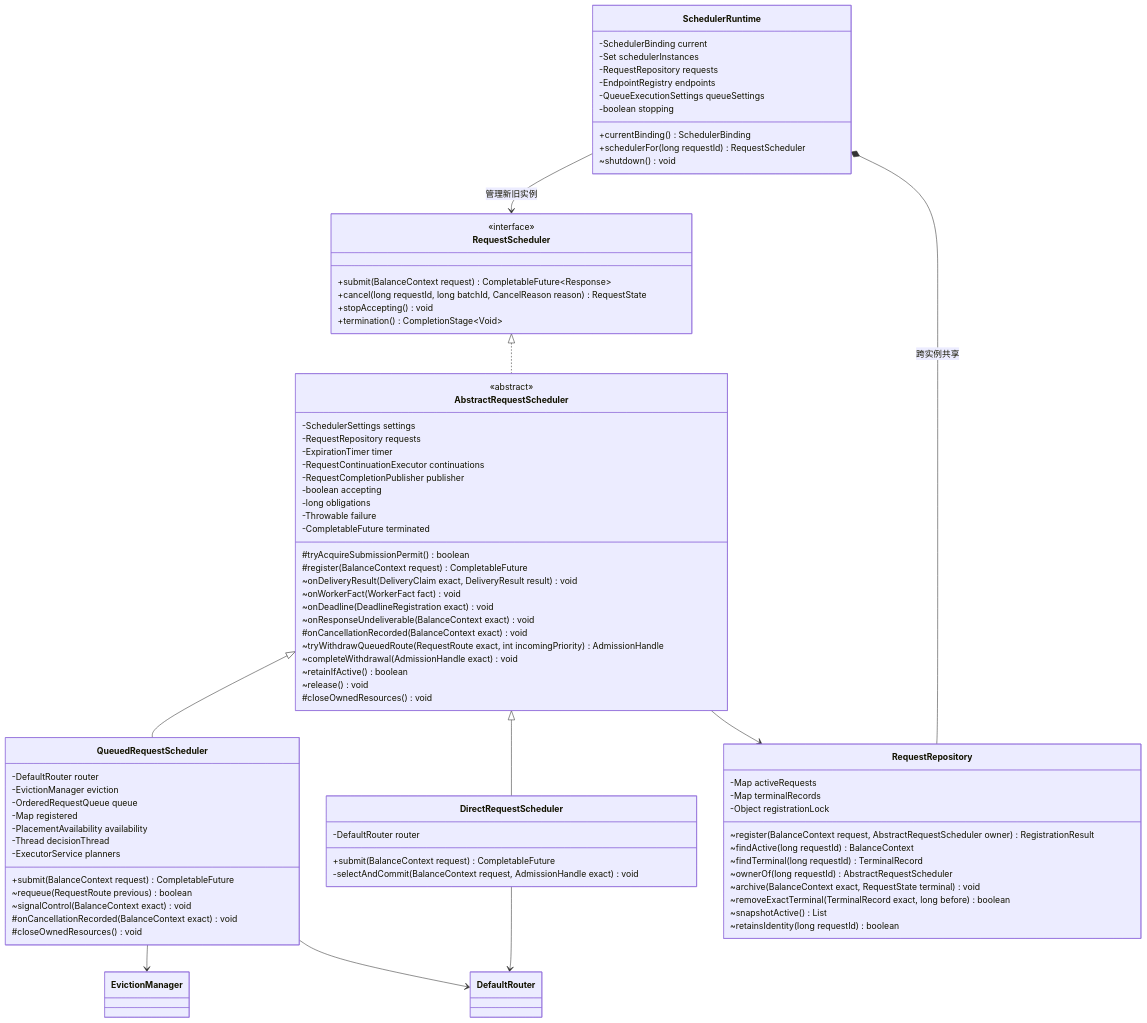
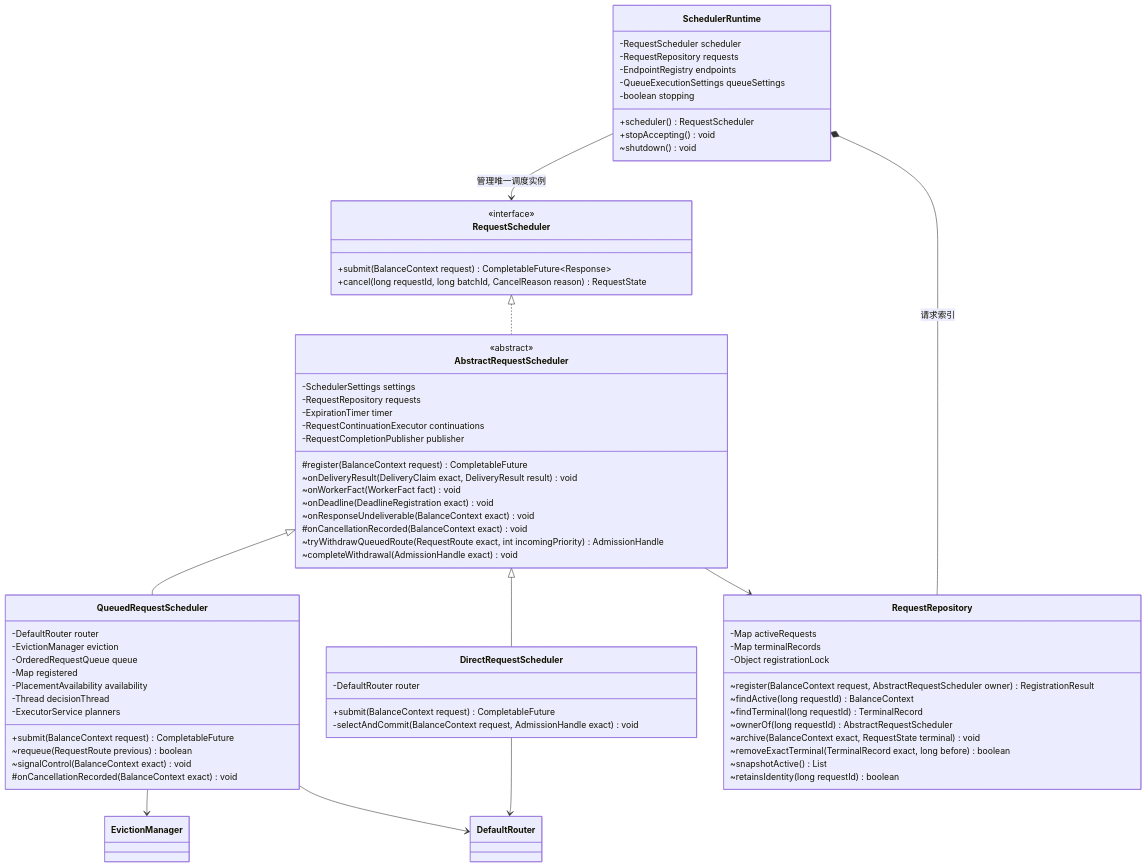
The first of 2 diagrams in rtp_llm/flexlb/docs/scheduler-design/target-class-api-review.md (MincongZhou/rtp-llm), drawn with Mermaid before and after one commit. The commit also changed other lines of this file and 30 other files, not shown here.

Commit message:
refactor(flexlb): centralize scheduler shutdown in runtime

```diff
--- a/rtp_llm/flexlb/docs/scheduler-design/target-class-api-review.md
+++ b/rtp_llm/flexlb/docs/scheduler-design/target-class-api-review.md
@@ -32,8 +32,6 @@
         <<interface>>
         +submit(BalanceContext request) CompletableFuture~Response~
         +cancel(long requestId, long batchId, CancelReason reason) RequestState
-        +stopAccepting() void
-        +termination() CompletionStage~Void~
     }
     class AbstractRequestScheduler {
         <<abstract>>
@@ -42,11 +40,6 @@
         -ExpirationTimer timer
         -RequestContinuationExecutor continuations
         -RequestCompletionPublisher publisher
-        -boolean accepting
-        -long obligations
-        -Throwable failure
-        -CompletableFuture terminated
-        #tryAcquireSubmissionPermit() boolean
         #register(BalanceContext request) CompletableFuture
         ~onDeliveryResult(DeliveryClaim exact, DeliveryResult result) void
         ~onWorkerFact(WorkerFact fact) void
@@ -55,9 +48,6 @@
         #onCancellationRecorded(BalanceContext exact) void
         ~tryWithdrawQueuedRoute(RequestRoute exact, int incomingPriority) AdmissionHandle
         ~completeWithdrawal(AdmissionHandle exact) void
-        ~retainIfActive() boolean
-        ~release() void
-        #closeOwnedResources() void
     }
     class DirectRequestScheduler {
         -DefaultRouter router
@@ -76,17 +66,15 @@
         ~requeue(RequestRoute previous) boolean
         ~signalControl(BalanceContext exact) void
         #onCancellationRecorded(BalanceContext exact) void
-        #closeOwnedResources() void
     }
     class SchedulerRuntime {
-        -SchedulerBinding current
-        -Set schedulerInstances
+        -RequestScheduler scheduler
         -RequestRepository requests
         -EndpointRegistry endpoints
         -QueueExecutionSettings queueSettings
         -boolean stopping
-        +currentBinding() SchedulerBinding
-        +schedulerFor(long requestId) RequestScheduler
+        +scheduler() RequestScheduler
+        +stopAccepting() void
         ~shutdown() void
     }
     class RequestRepository {
@@ -105,8 +93,8 @@
     RequestScheduler <|.. AbstractRequestScheduler
     AbstractRequestScheduler <|-- DirectRequestScheduler
     AbstractRequestScheduler <|-- QueuedRequestScheduler
-    SchedulerRuntime --> RequestScheduler : 管理新旧实例
-    SchedulerRuntime *-- RequestRepository : 跨实例共享
+    SchedulerRuntime --> RequestScheduler : 管理唯一调度实例
+    SchedulerRuntime *-- RequestRepository : 请求索引
     AbstractRequestScheduler --> RequestRepository
     QueuedRequestScheduler --> EvictionManager
     DirectRequestScheduler --> DefaultRouter
```
